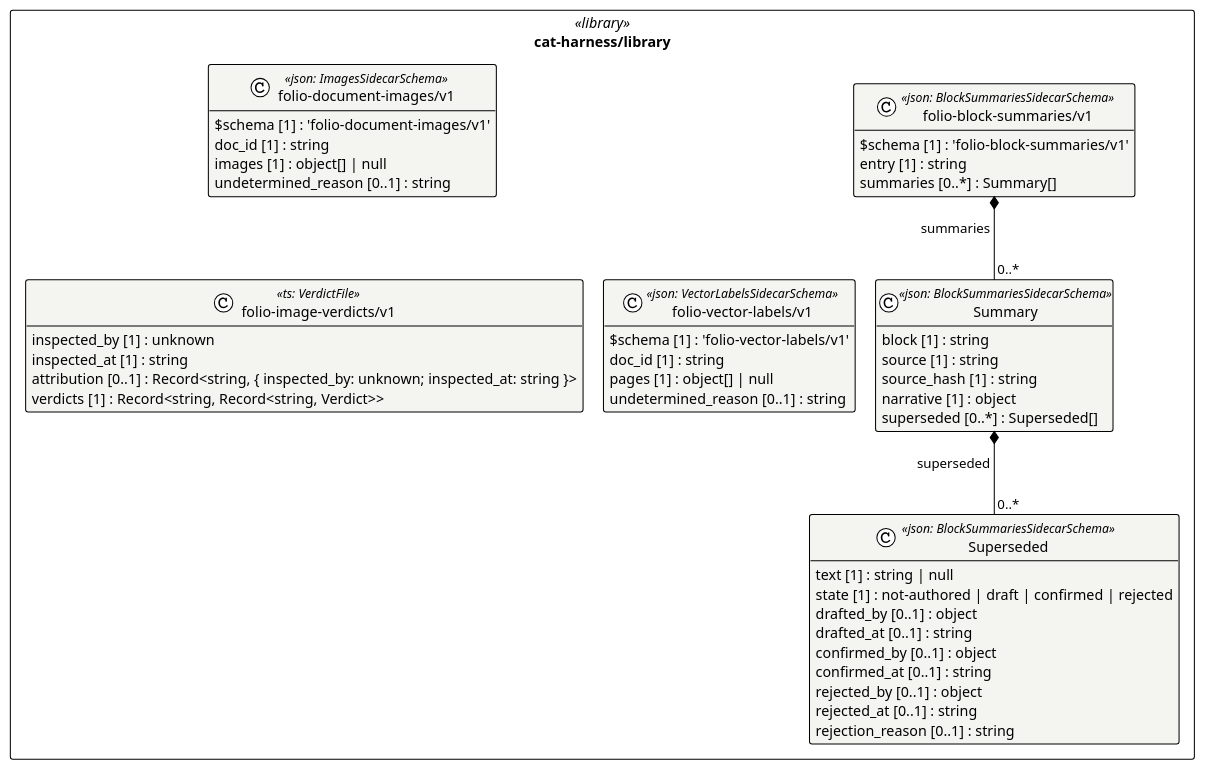
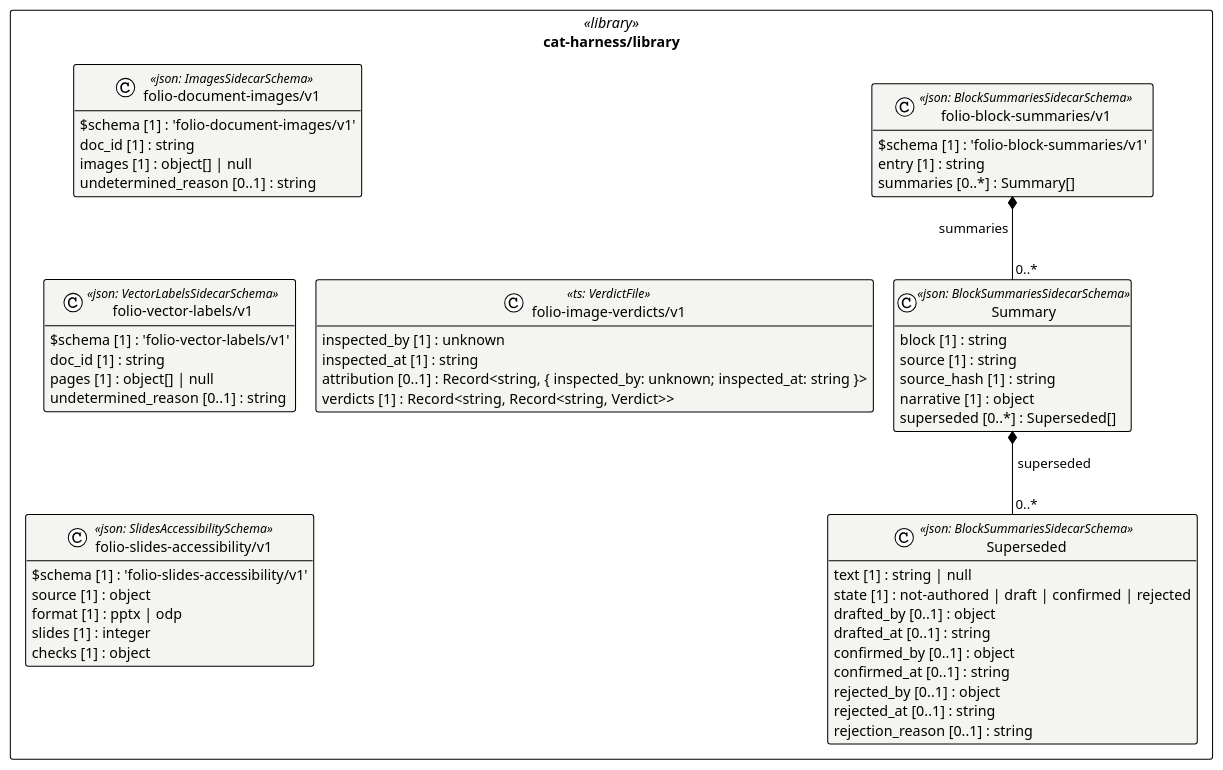
One commit to litlfred/folio-assistant changed the diagram in cat-harness/uml/overview/cat-harness/library.puml. Above: the diagram before and after it, drawn with PlantUML. The commit also changed 174 other files, not shown here.

```diff
--- a/cat-harness/uml/overview/cat-harness/library.puml
+++ b/cat-harness/uml/overview/cat-harness/library.puml
@@ -3,55 +3,62 @@
 @startuml cat_harness_library
 !pragma layout elk
 !theme plain
 skinparam classAttributeIconSize 0
 skinparam shadowing false
 skinparam packageStyle rectangle
 hide empty methods
 
 package "cat-harness/library" as pkg_cat_harness_library <<library>> {
   class "folio-document-images/v1" as cat_harness_library_folio_document_images_v1_folio_document_images_v1 <<json: ImagesSidecarSchema>> #f4f4f1 {
     $schema [1] : 'folio-document-images/v1'
     doc_id [1] : string
     images [1] : object[] | null
     undetermined_reason [0..1] : string
   }
   class "folio-image-verdicts/v1" as cat_harness_library_folio_image_verdicts_v1 <<ts: VerdictFile>> #f4f4f1 {
     inspected_by [1] : unknown
     inspected_at [1] : string
     attribution [0..1] : Record<string, { inspected_by: unknown; inspected_at: string }>
     verdicts [1] : Record<string, Record<string, Verdict>>
   }
   class "folio-vector-labels/v1" as cat_harness_library_folio_vector_labels_v1_folio_vector_labels_v1 <<json: VectorLabelsSidecarSchema>> #f4f4f1 {
     $schema [1] : 'folio-vector-labels/v1'
     doc_id [1] : string
     pages [1] : object[] | null
     undetermined_reason [0..1] : string
   }
   class "Superseded" as cat_harness_library_folio_block_summaries_v1_Superseded <<json: BlockSummariesSidecarSchema>> #f4f4f1 {
     text [1] : string | null
     state [1] : not-authored | draft | confirmed | rejected
     drafted_by [0..1] : object
     drafted_at [0..1] : string
     confirmed_by [0..1] : object
     confirmed_at [0..1] : string
     rejected_by [0..1] : object
     rejected_at [0..1] : string
     rejection_reason [0..1] : string
   }
   class "Summary" as cat_harness_library_folio_block_summaries_v1_Summary <<json: BlockSummariesSidecarSchema>> #f4f4f1 {
     block [1] : string
     source [1] : string
     source_hash [1] : string
     narrative [1] : object
     superseded [0..*] : Superseded[]
   }
   class "folio-block-summaries/v1" as cat_harness_library_folio_block_summaries_v1_folio_block_summaries_v1 <<json: BlockSummariesSidecarSchema>> #f4f4f1 {
     $schema [1] : 'folio-block-summaries/v1'
     entry [1] : string
     summaries [0..*] : Summary[]
   }
+  class "folio-slides-accessibility/v1" as cat_harness_library_folio_slides_accessibility_v1_folio_slides_accessibility_v1 <<json: SlidesAccessibilitySchema>> #f4f4f1 {
+    $schema [1] : 'folio-slides-accessibility/v1'
+    source [1] : object
+    format [1] : pptx | odp
+    slides [1] : integer
+    checks [1] : object
+  }
 }
 
 cat_harness_library_folio_block_summaries_v1_Summary *-- "0..*" cat_harness_library_folio_block_summaries_v1_Superseded : superseded
 cat_harness_library_folio_block_summaries_v1_folio_block_summaries_v1 *-- "0..*" cat_harness_library_folio_block_summaries_v1_Summary : summaries
 @enduml
```
